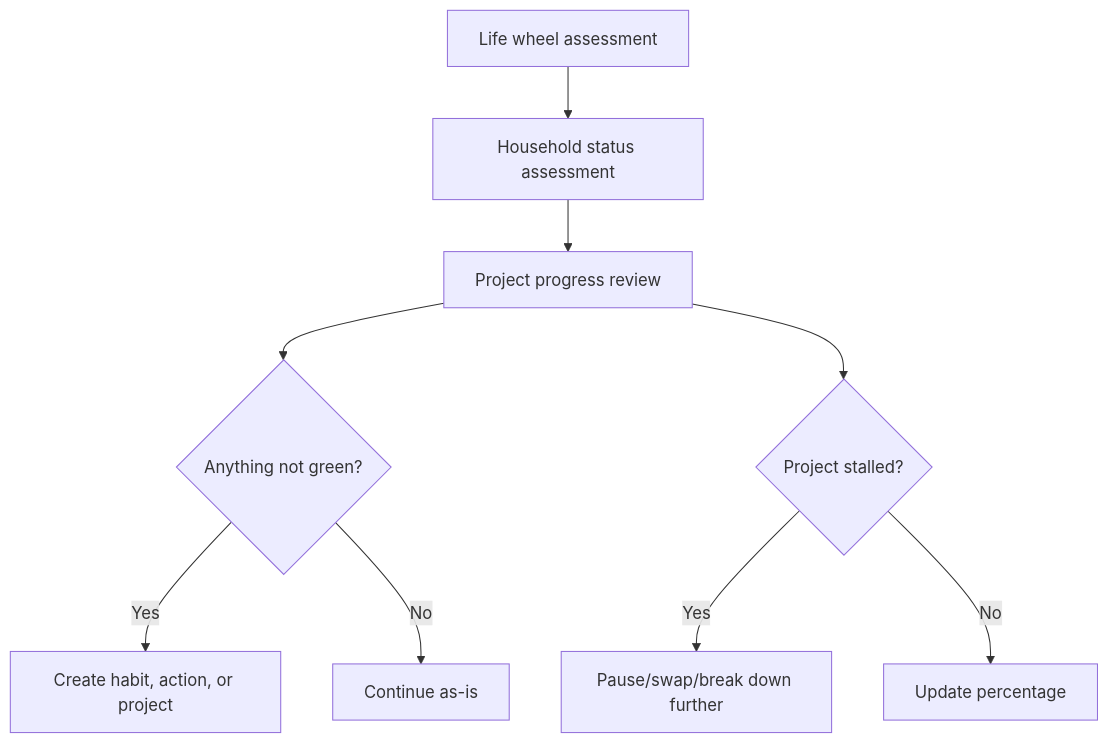
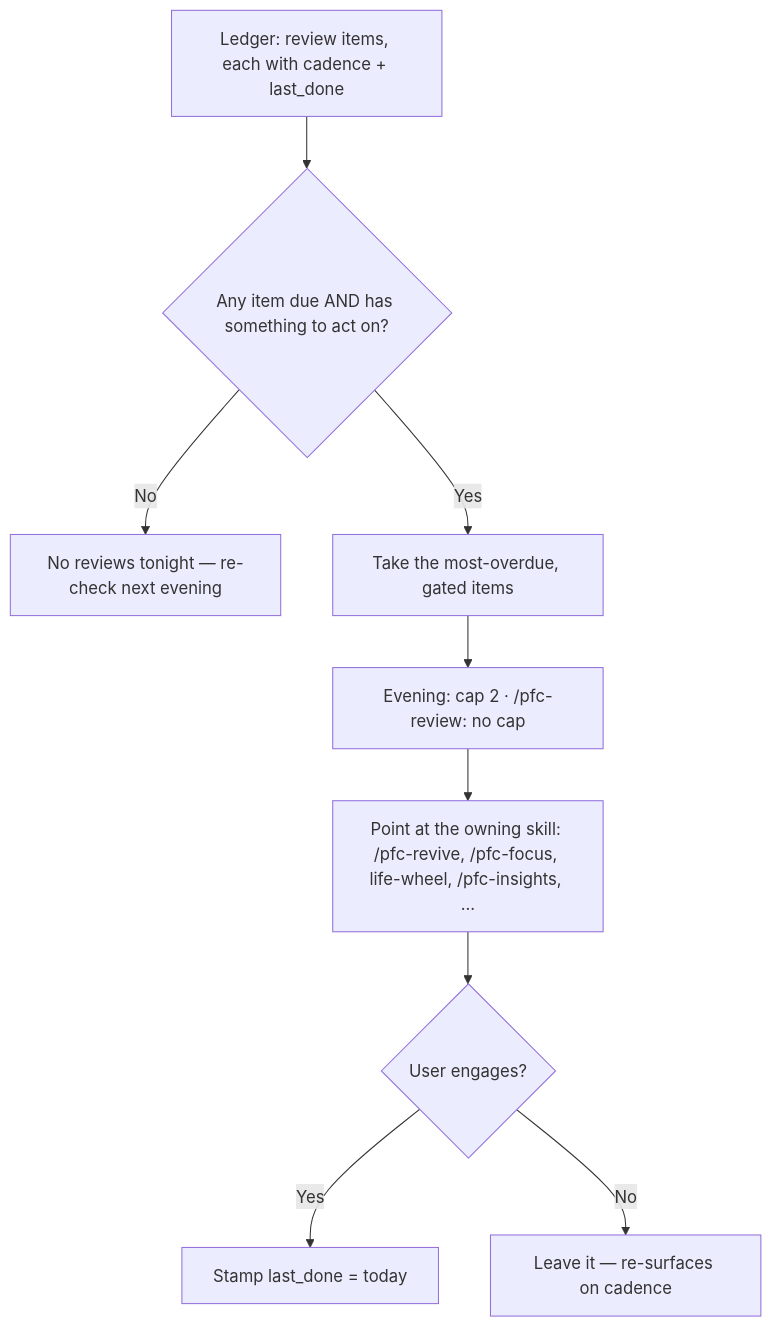
The third of 4 diagrams in docs/workflows.md (Jikodis/my-pfc), drawn with Mermaid before and after one commit. The commit also changed other lines of this file and 247 other files, not shown here.

````diff
--- a/docs/workflows.md
+++ b/docs/workflows.md
@@ -49,11 +35,11 @@
 ```mermaid
 flowchart TD
-    A[Life wheel assessment] --> B[Household status assessment]
-    B --> C[Project progress review]
-    C --> D{Anything not green?}
-    D -->|Yes| E[Create habit, action, or project]
-    D -->|No| F[Continue as-is]
-    C --> G{Project stalled?}
-    G -->|Yes| H[Pause/swap/break down further]
-    G -->|No| I[Update percentage]
+    A[Ledger: review items, each with cadence + last_done] --> B{Any item due AND has something to act on?}
+    B -->|No| C[No reviews tonight — re-check next evening]
+    B -->|Yes| D[Take the most-overdue, gated items]
+    D --> E[Evening: cap 2 · /pfc-review: no cap]
+    E --> F[Point at the owning skill: /pfc-revive, /pfc-focus, life-wheel, /pfc-insights, ...]
+    F --> G{User engages?}
+    G -->|Yes| H[Stamp last_done = today]
+    G -->|No| I[Leave it — re-surfaces on cadence]
 ```
````
